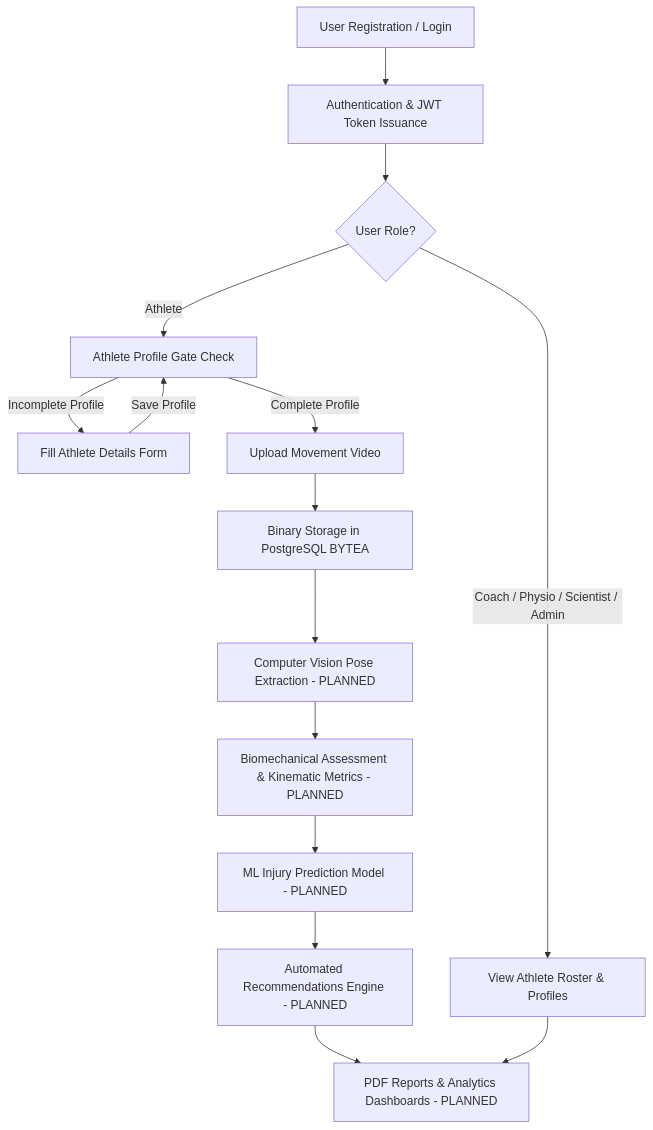
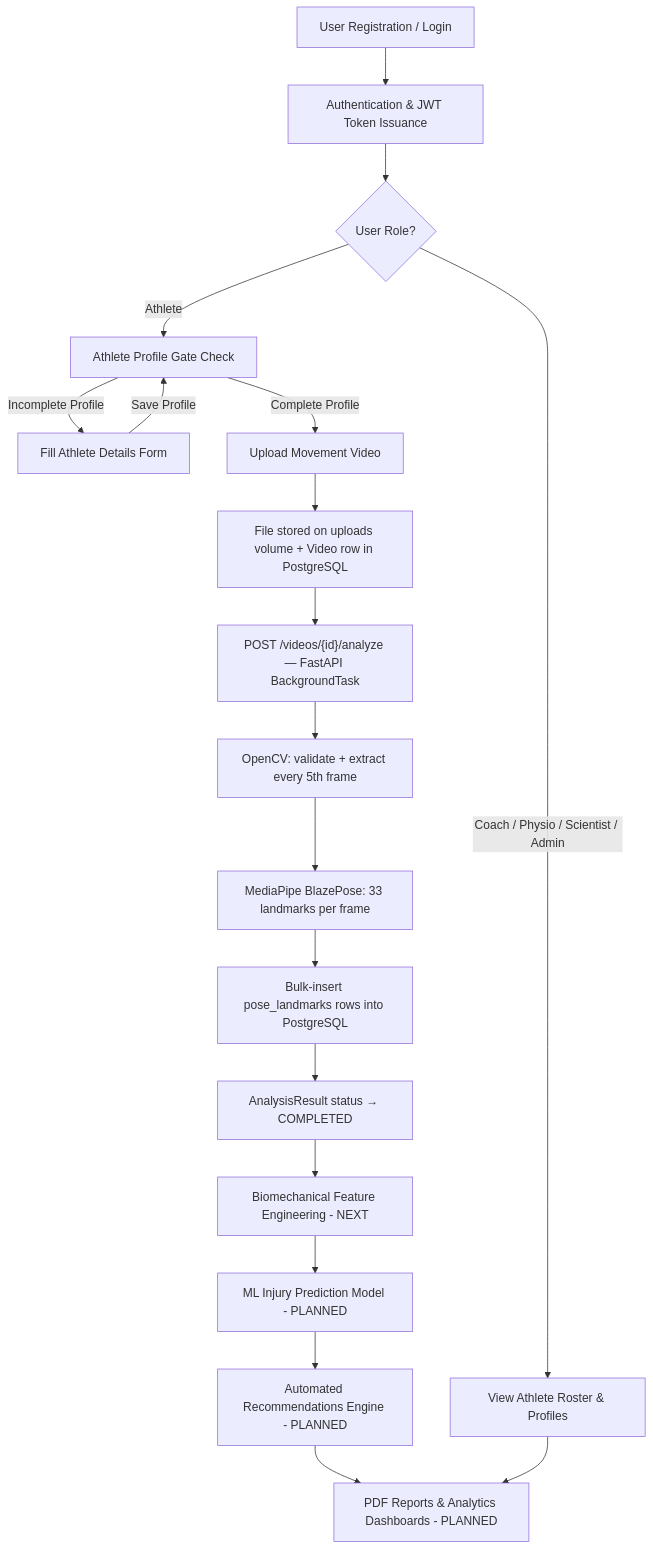
Before and after one commit to springboardmentor10529m/sports-injury-risk-detection: the first of 6 diagrams in docs/workflow.md, drawn with Mermaid. The commit also changed other lines of this file and 39 other files, not shown here.

Commit message:
feat: implement biomechanical feature extraction pipeline

````diff
--- a/docs/workflow.md
+++ b/docs/workflow.md
@@ -9,20 +9,25 @@
 ```mermaid
 flowchart TD
     A[User Registration / Login] --> B[Authentication & JWT Token Issuance]
     B --> C{User Role?}
 
     C -- Athlete --> D[Athlete Profile Gate Check]
     D -- Incomplete Profile --> E[Fill Athlete Details Form]
     E -- Save Profile --> D
     D -- Complete Profile --> F[Upload Movement Video]
-    F --> G[Binary Storage in PostgreSQL BYTEA]
+    F --> G[File stored on uploads volume + Video row in PostgreSQL]
 
     C -- Coach / Physio / Scientist / Admin --> H[View Athlete Roster & Profiles]
 
-    G --> I[Computer Vision Pose Extraction - PLANNED]
-    I --> J[Biomechanical Assessment & Kinematic Metrics - PLANNED]
+    G --> I["POST /videos/{id}/analyze — FastAPI BackgroundTask"]
+    I --> I1["OpenCV: validate + extract every 5th frame"]
+    I1 --> I2["MediaPipe BlazePose: 33 landmarks per frame"]
+    I2 --> I3["Bulk-insert pose_landmarks rows into PostgreSQL"]
+    I3 --> I4["AnalysisResult status → COMPLETED"]
+
+    I4 --> J[Biomechanical Feature Engineering - NEXT]
     J --> K[ML Injury Prediction Model - PLANNED]
     K --> L[Automated Recommendations Engine - PLANNED]
     L --> M[PDF Reports & Analytics Dashboards - PLANNED]
     H --> M
 ```
````
